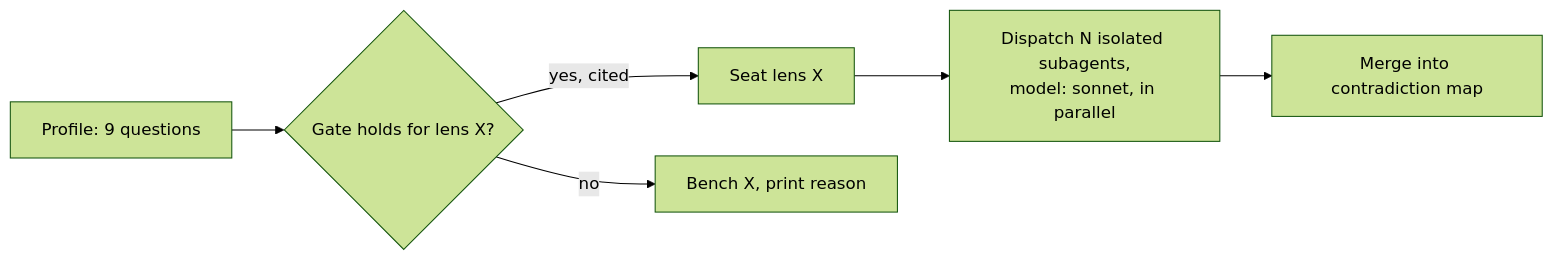
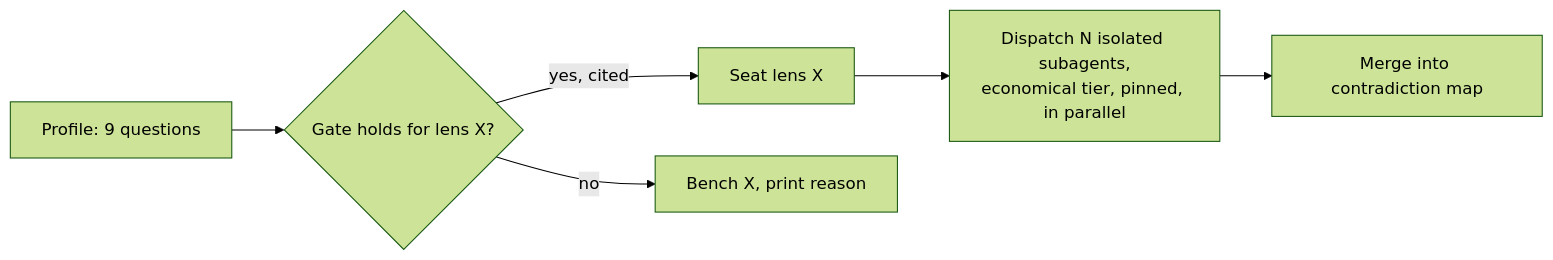
The seventh of 7 diagrams in docs/wiki/workflow.md (damusix/atomic-claude), drawn with Mermaid (forest theme) before and after one commit. The commit also changed other lines of this file and 21 other files, not shown here.

````diff
--- a/docs/wiki/workflow.md
+++ b/docs/wiki/workflow.md
@@ -183,8 +183,8 @@
 ```mermaid
 flowchart LR
     P["Profile: 9 questions"] --> G{"Gate holds for lens X?"}
     G -->|yes, cited| S["Seat lens X"]
     G -->|no| B["Bench X, print reason"]
-    S --> D["Dispatch N isolated subagents,<br/>model: sonnet, in parallel"]
+    S --> D["Dispatch N isolated subagents,<br/>economical tier, pinned, in parallel"]
     D --> M["Merge into contradiction map"]
 ```
````
